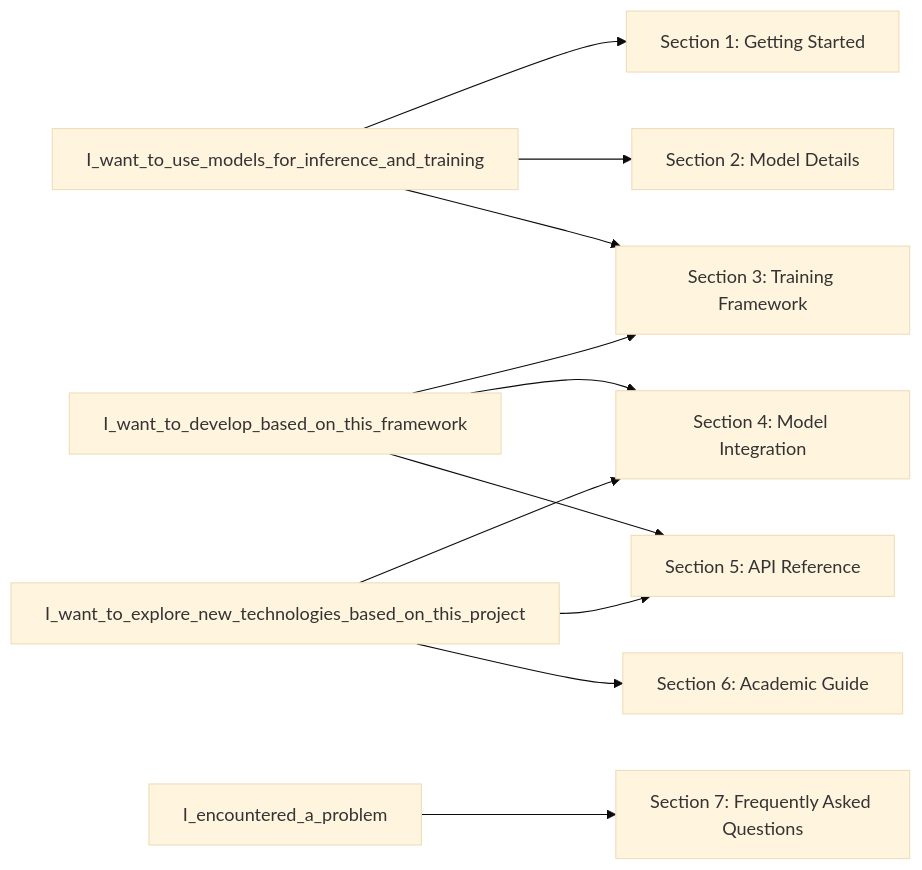
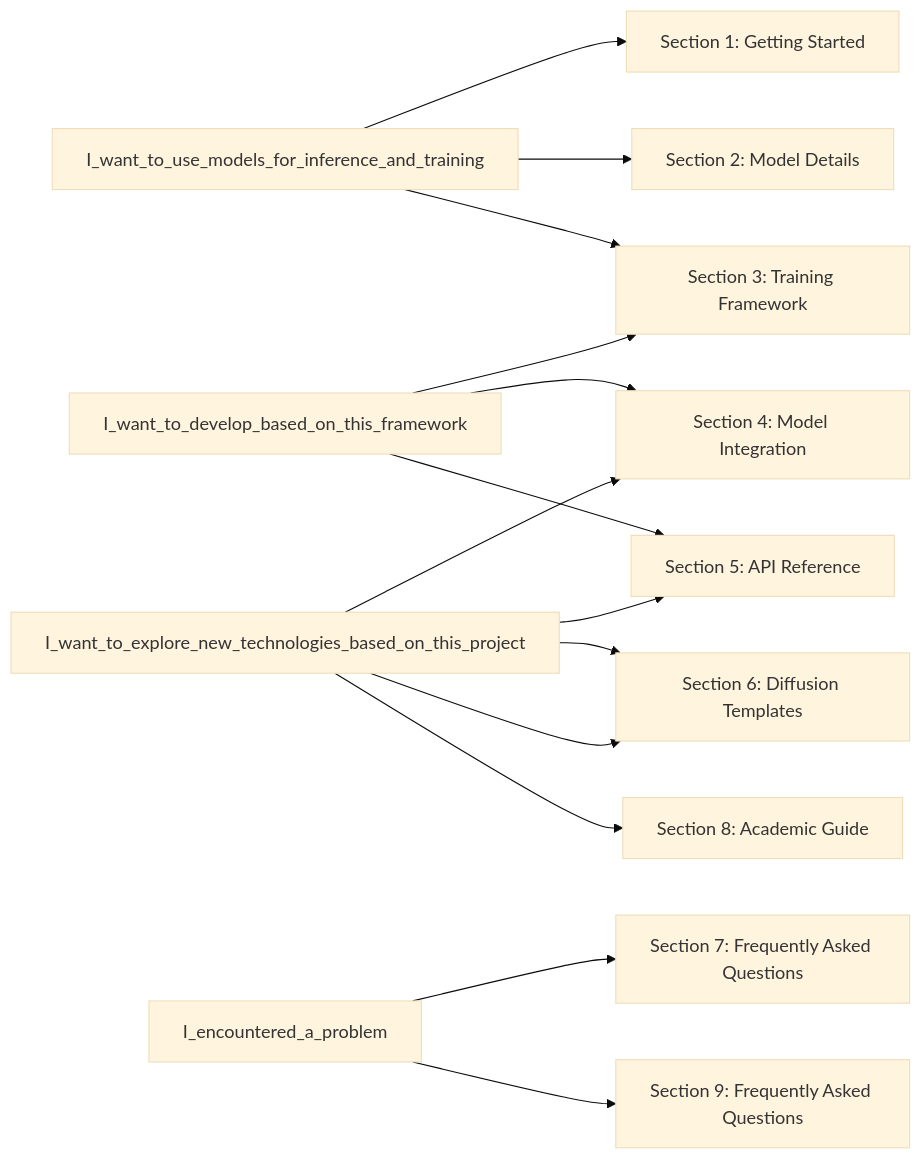
Before and after one commit to modelscope/DiffSynth-Studio: the diagram in docs/en/README.md, drawn with Mermaid (base theme). The commit also changed other lines of this file and 55 other files, not shown here.

````diff
--- a/docs/en/README.md
+++ b/docs/en/README.md
@@ -9,13 +9,16 @@
 ```mermaid
 graph LR;
     I_want_to_use_models_for_inference_and_training-->sec1[Section 1: Getting Started];
     I_want_to_use_models_for_inference_and_training-->sec2[Section 2: Model Details];
     I_want_to_use_models_for_inference_and_training-->sec3[Section 3: Training Framework];
     I_want_to_develop_based_on_this_framework-->sec3[Section 3: Training Framework];
     I_want_to_develop_based_on_this_framework-->sec4[Section 4: Model Integration];
     I_want_to_develop_based_on_this_framework-->sec5[Section 5: API Reference];
     I_want_to_explore_new_technologies_based_on_this_project-->sec4[Section 4: Model Integration];
     I_want_to_explore_new_technologies_based_on_this_project-->sec5[Section 5: API Reference];
     I_want_to_explore_new_technologies_based_on_this_project-->sec6[Section 6: Academic Guide];
     I_encountered_a_problem-->sec7[Section 7: Frequently Asked Questions];
+    I_want_to_explore_new_technologies_based_on_this_project-->sec6[Section 6: Diffusion Templates]
+    I_want_to_explore_new_technologies_based_on_this_project-->sec8[Section 8: Academic Guide];
+    I_encountered_a_problem-->sec9[Section 9: Frequently Asked Questions];
 ```
````
